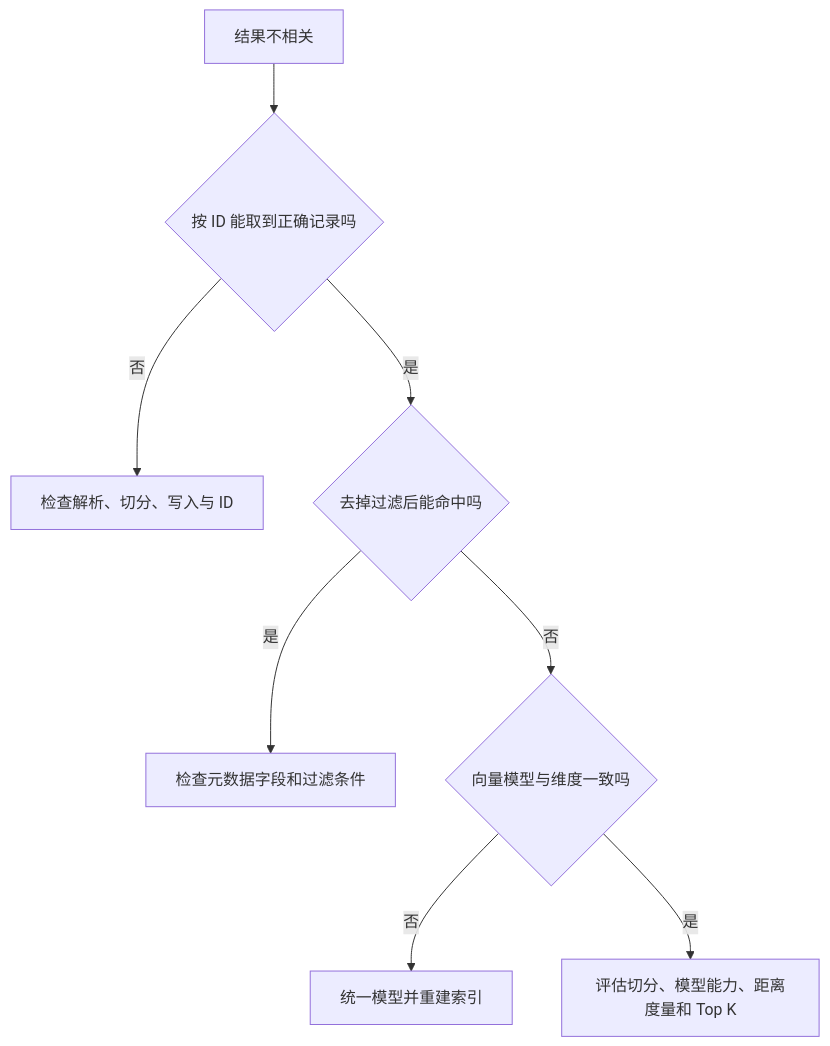
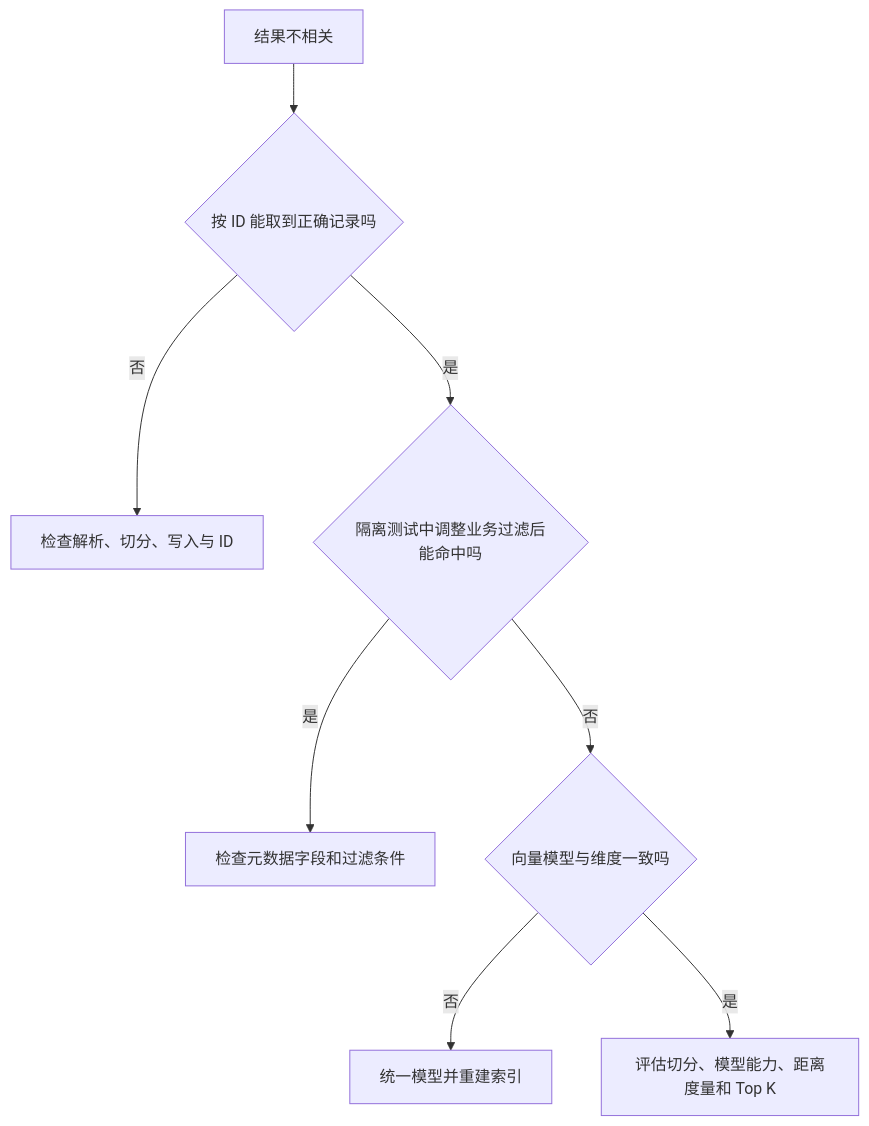
Before and after one commit to benx92/ai-learning-notes: the ninth of 9 diagrams in 09-向量数据库如何保存和检索语义.md, drawn with Mermaid. The commit also changed other lines of this file and 36 other files, not shown here.

````diff
--- a/09-向量数据库如何保存和检索语义.md
+++ b/09-向量数据库如何保存和检索语义.md
@@ -1074,10 +1076,10 @@
 ```mermaid
 flowchart TD
     A[结果不相关] --> B{按 ID 能取到正确记录吗}
     B -- 否 --> C[检查解析、切分、写入与 ID]
-    B -- 是 --> D{去掉过滤后能命中吗}
+    B -- 是 --> D{隔离测试中调整业务过滤后能命中吗}
     D -- 是 --> E[检查元数据字段和过滤条件]
     D -- 否 --> F{向量模型与维度一致吗}
     F -- 否 --> G[统一模型并重建索引]
     F -- 是 --> H[评估切分、模型能力、距离度量和 Top K]
 ```
````
